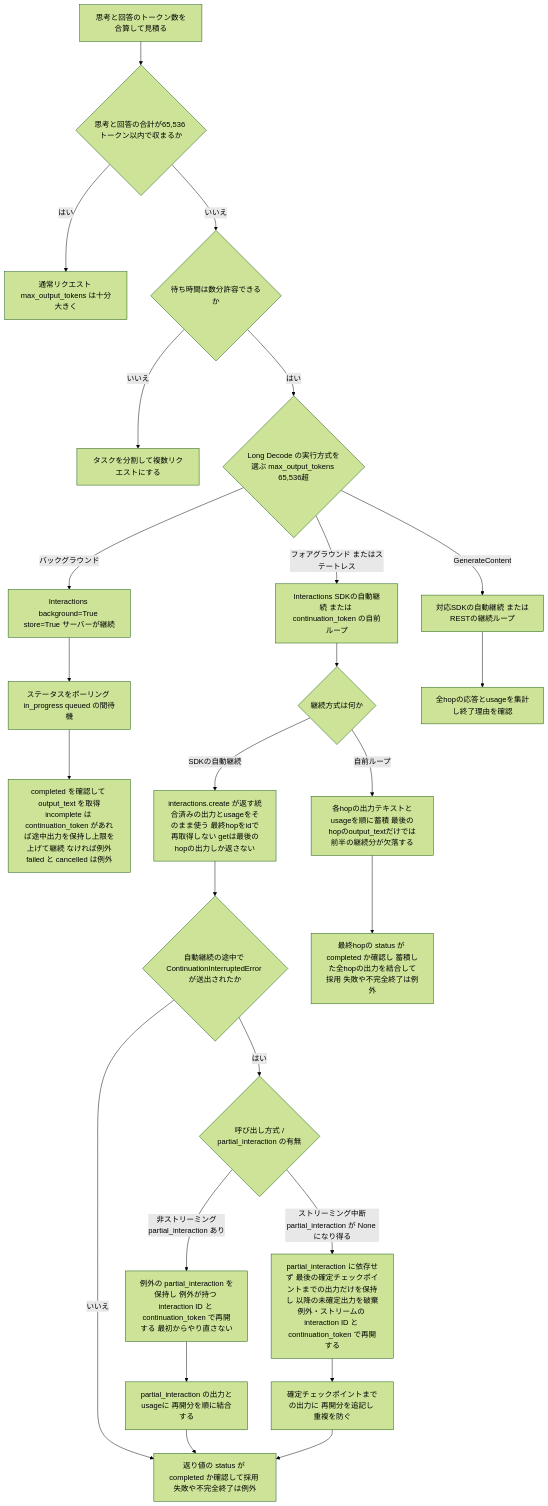
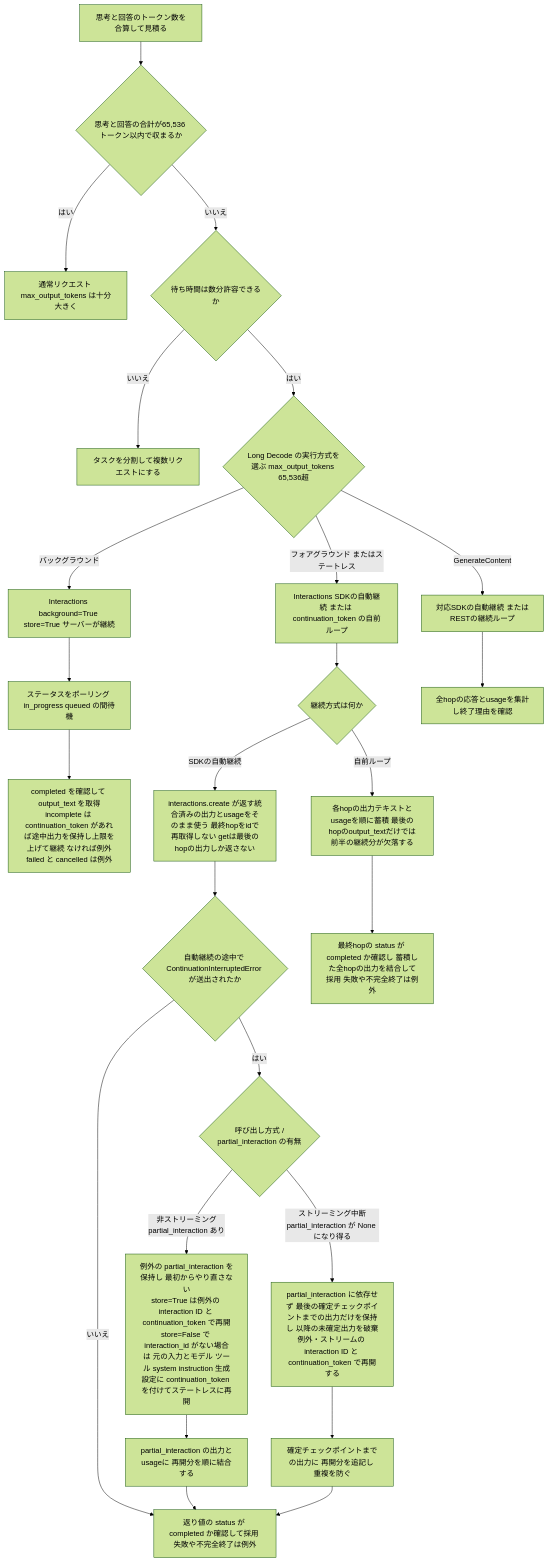
The fifth of 10 diagrams in Gemini-4-hydrogen-guide.md (myoshi2891/Comparison-of-LLMs), drawn with Mermaid (forest theme) before and after one commit. The commit also changed other lines of this file and 3 other files, not shown here.

Commit message:
fix(docs): clarify stateless continuation with system instruction, tool result screening, and estop error handling in Gemini guides

````diff
--- a/Gemini-4-hydrogen-guide.md
+++ b/Gemini-4-hydrogen-guide.md
@@ -310,27 +310,27 @@
 ```mermaid
 flowchart TD
     A["思考と回答のトークン数を合算して見積る"] --> B{"思考と回答の合計が65,536 トークン以内で収まるか"}
     B -- "はい" --> C["通常リクエスト max_output_tokens は十分大きく"]
     B -- "いいえ" --> D{"待ち時間は数分許容できるか"}
     D -- "いいえ" --> E["タスクを分割して複数リクエストにする"]
     D -- "はい" --> MODE{"Long Decode の実行方式を選ぶ max_output_tokens 65,536超"}
     MODE -- "バックグラウンド" --> F["Interactions background=True store=True サーバーが継続"]
     MODE -- "フォアグラウンド またはステートレス" --> FG["Interactions SDKの自動継続 または continuation_token の自前ループ"]
     MODE -- "GenerateContent" --> GC["対応SDKの自動継続 またはRESTの継続ループ"]
     F --> G["ステータスをポーリング in_progress queued の間待機"]
     G --> H["completed を確認して output_text を取得<br/>incomplete は continuation_token があれば途中出力を保持し上限を上げて継続 なければ例外<br/>failed と cancelled は例外"]
     FG --> FGM{"継続方式は何か"}
     FGM -- "SDKの自動継続" --> AUTO["interactions.create が返す統合済みの出力とusageをそのまま使う 最終hopをidで再取得しない getは最後のhopの出力しか返さない"]
     AUTO --> AINT{"自動継続の途中で ContinuationInterruptedError が送出されたか"}
     AINT -- "いいえ" --> AUTOD["返り値の status が completed か確認して採用 失敗や不完全終了は例外"]
     AINT -- "はい" --> AMODE{"呼び出し方式 /<br/>partial_interaction の有無"}
-    AMODE -- "非ストリーミング<br/>partial_interaction あり" --> ARES["例外の partial_interaction を保持し 例外が持つ interaction ID と continuation_token で再開する 最初からやり直さない"]
+    AMODE -- "非ストリーミング<br/>partial_interaction あり" --> ARES["例外の partial_interaction を保持し 最初からやり直さない<br/>store=True は例外の interaction ID と continuation_token で再開<br/>store=False で interaction_id がない場合は 元の入力とモデル ツール system instruction 生成設定に continuation_token を付けてステートレスに再開"]
     ARES --> AJOIN["partial_interaction の出力とusageに 再開分を順に結合する"]
     AMODE -- "ストリーミング中断<br/>partial_interaction が None になり得る" --> ASRES["partial_interaction に依存せず 最後の確定チェックポイントまでの出力だけを保持し 以降の未確定出力を破棄<br/>例外・ストリームの interaction ID と continuation_token で再開する"]
     ASRES --> ASJOIN["確定チェックポイントまでの出力に 再開分を追記し 重複を防ぐ"]
     AJOIN --> AUTOD
     ASJOIN --> AUTOD
     FGM -- "自前ループ" --> ACC["各hopの出力テキストとusageを順に蓄積 最後のhopのoutput_textだけでは前半の継続分が欠落する"]
     ACC --> FGD["最終hopの status が completed か確認し 蓄積した全hopの出力を結合して採用 失敗や不完全終了は例外"]
     GC --> RESULT["全hopの応答とusageを集計し終了理由を確認"]
 ```
````
